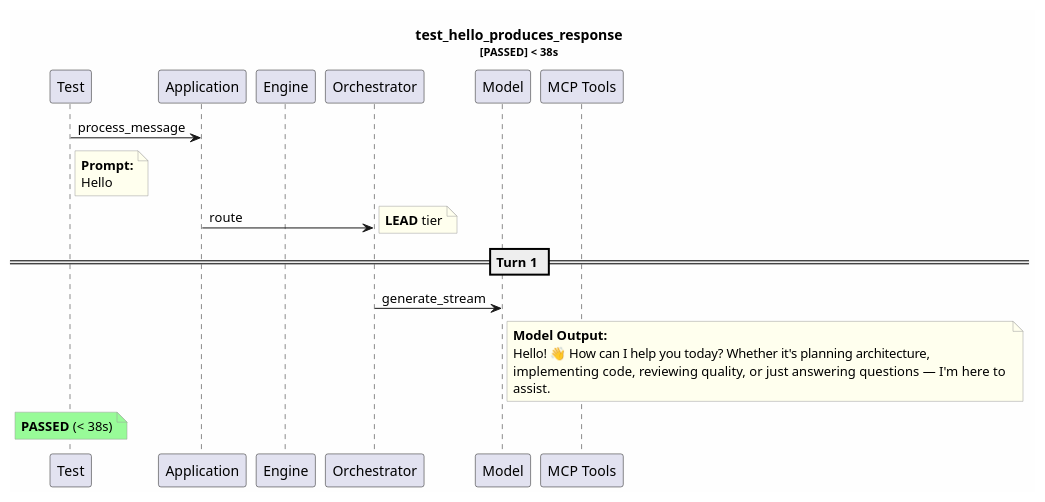
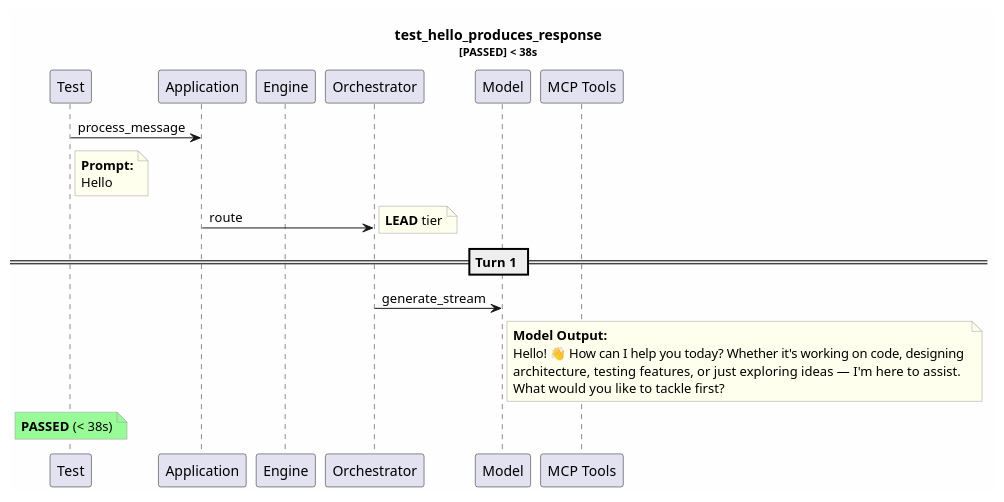
The diagram in test-reports/logs/test_hello_produces_response/test_hello_produces_response.puml (tvanfossen/entropic), drawn with PlantUML before and after one commit. The commit also changed 11 other files, not shown here.

```diff
--- a/test-reports/logs/test_hello_produces_response/test_hello_produces_response.puml
+++ b/test-reports/logs/test_hello_produces_response/test_hello_produces_response.puml
@@ -1,33 +1,33 @@
 @startuml
 skinparam backgroundColor #FEFEFE
 skinparam noteBorderColor #999999
 skinparam noteBackgroundColor #FFFFEE
 title test_hello_produces_response\n<size:11>[PASSED] < 38s</size>
 
 participant "Test" as T
 participant "Application" as App
 participant "Engine" as Eng
 participant "Orchestrator" as Orch
 participant "Model" as Mdl
 participant "MCP Tools" as MCP
 
 T -> App: process_message
 note right of T
   **Prompt:**
   Hello
 end note
 App -> Orch: route
 note right: **LEAD** tier
 == Turn 1 ==
 Orch -> Mdl: generate_stream
 note right of Mdl
   **Model Output:**
-  Hello! 👋 How can I help you today? Whether it's planning architecture, 
-  implementing code, reviewing quality, or just answering questions — I'm here to 
-  assist.
+  Hello! 👋 How can I help you today? Whether it's working on code, designing 
+  architecture, testing features, or just exploring ideas — I'm here to assist. 
+  What would you like to tackle first?
 end note
 note over T #palegreen
   **PASSED** (< 38s)
 end note
 
 @enduml
```
